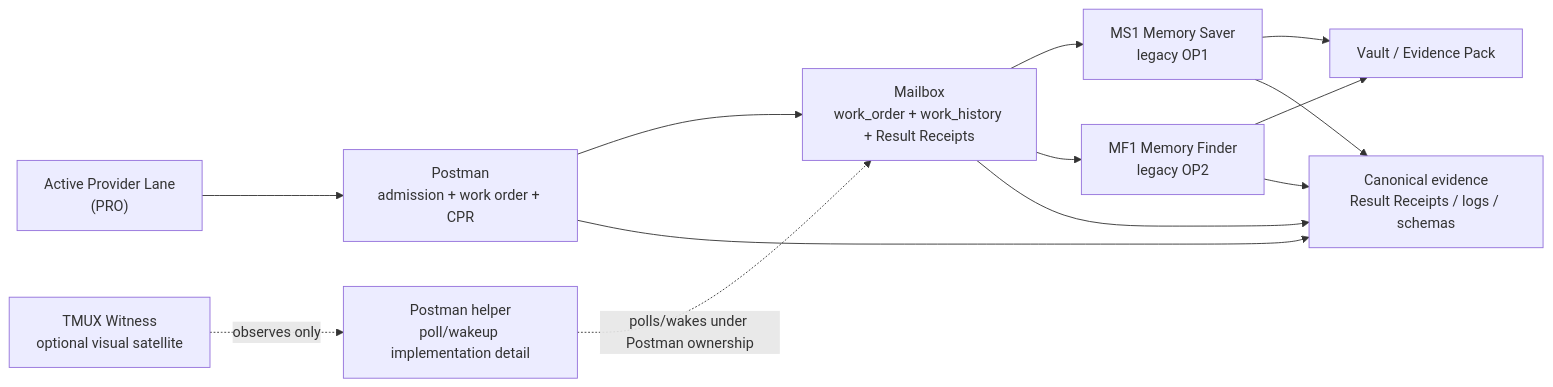
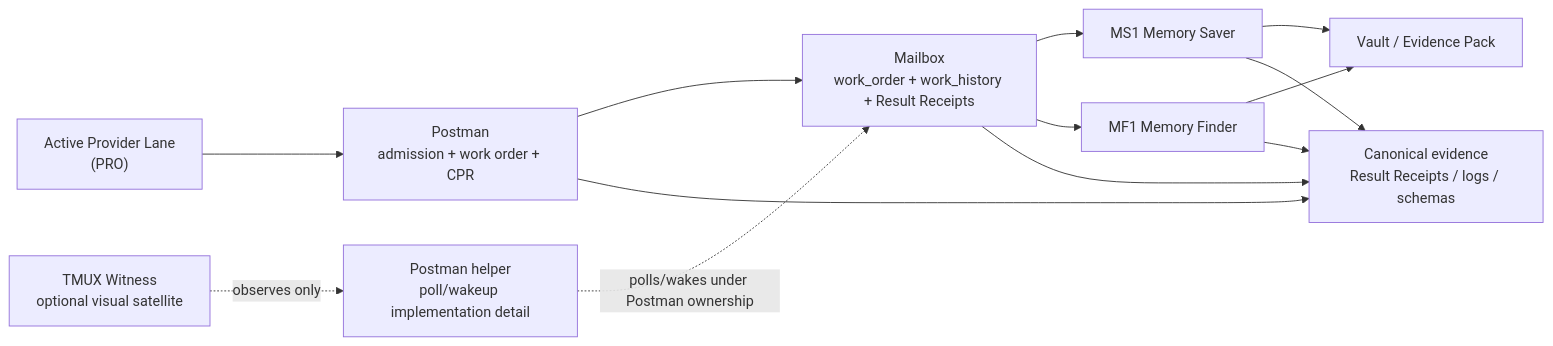
Before and after one commit to INTEGRITY2077/openyggdrasil: the first of 2 diagrams in README.ko.md, drawn with Mermaid. The commit also changed other lines of this file and 1 other file, not shown here.

````diff
--- a/README.ko.md
+++ b/README.ko.md
@@ -301,22 +301,22 @@
 ```mermaid
 flowchart LR
   P["Active Provider Lane<br/>(PRO)"]
-  MS1["MS1 Memory Saver<br/>legacy OP1"]
-  MF1["MF1 Memory Finder<br/>legacy OP2"]
+  MS1["MS1 Memory Saver"]
+  MF1["MF1 Memory Finder"]
   PM["Postman<br/>admission + work order + CPR"]
   MB["Mailbox<br/>work_order + work_history + Result Receipts"]
   H["Postman helper<br/>poll/wakeup implementation detail"]
   T["TMUX Witness<br/>optional visual satellite"]
   V["Vault / Evidence Pack"]
   E["Canonical evidence<br/>Result Receipts / logs / schemas"]
 
   P --> PM --> MB
   MB --> MS1 --> V
   MB --> MF1 --> V
   H -. "polls/wakes under Postman ownership" .-> MB
   T -. "observes only" .-> H
   MB --> E
   PM --> E
   MS1 --> E
   MF1 --> E
 ```
````
